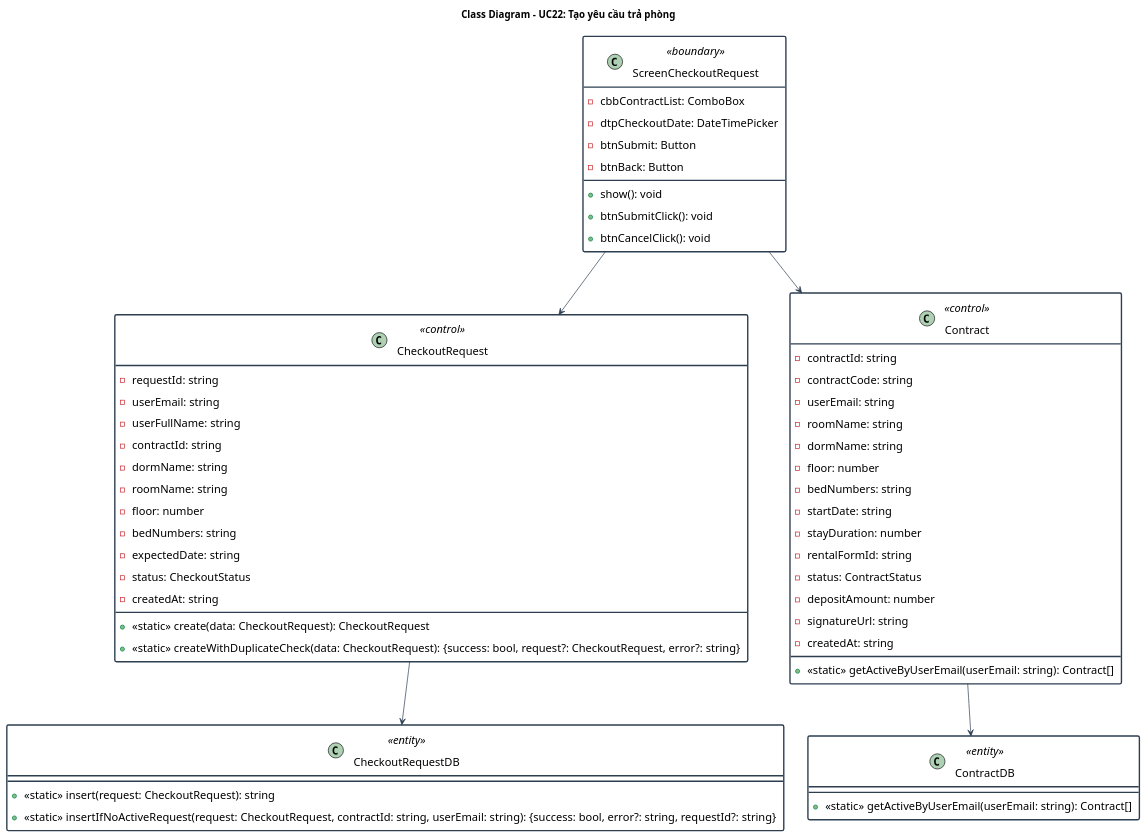
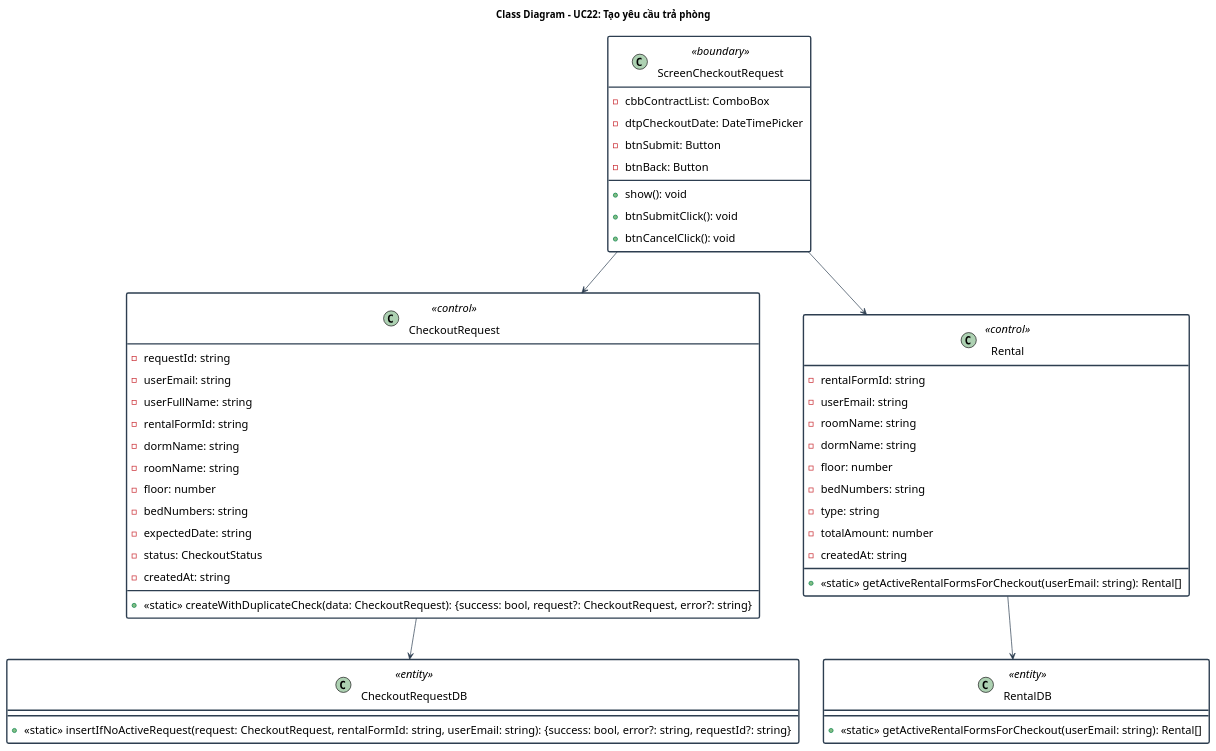
The diagram in doc/system/yeu_cau_tra_phong/YeuCauTraPhong_ClassDiagram.wsd (Gnourt812005/HCMUS-Analyze-and-desgin-IS), drawn with PlantUML before and after one commit. The commit also changed 10 other files, not shown here.

Commit message:
quangdo/diagram: adjusted diagrams to match code

```diff
--- a/doc/system/yeu_cau_tra_phong/YeuCauTraPhong_ClassDiagram.wsd
+++ b/doc/system/yeu_cau_tra_phong/YeuCauTraPhong_ClassDiagram.wsd
@@ -1,73 +1,66 @@
 @startuml YeuCauTraPhong_ClassDiagram
 title Class Diagram - UC22: Tạo yêu cầu trả phòng
 
 skinparam {
     ClassBackgroundColor White
     ArrowColor #2D3E50
     ClassBorderColor #2D3E50
     DefaultFontName "Arial"
     DefaultFontSize 16
     ClassBorderThickness 2
     StereotypeFontColor #2D3E50
     Padding 5
 }
 
 class "ScreenCheckoutRequest" as CheckoutRequestScreen <<boundary>> {
   - cbbContractList: ComboBox
   - dtpCheckoutDate: DateTimePicker
   - btnSubmit: Button
   - btnBack: Button
   + show(): void
   + btnSubmitClick(): void
   + btnCancelClick(): void
 }
 
 class "CheckoutRequest" as CheckoutRequest <<control>> {
   - requestId: string
   - userEmail: string
   - userFullName: string
-  - contractId: string
+  - rentalFormId: string
   - dormName: string
   - roomName: string
   - floor: number
   - bedNumbers: string
   - expectedDate: string
   - status: CheckoutStatus
   - createdAt: string
-  + <<static>> create(data: CheckoutRequest): CheckoutRequest
   + <<static>> createWithDuplicateCheck(data: CheckoutRequest): {success: bool, request?: CheckoutRequest, error?: string}
 }
 
 class "CheckoutRequestDB" as CheckoutRequestDB <<entity>> {
-  + <<static>> insert(request: CheckoutRequest): string
-  + <<static>> insertIfNoActiveRequest(request: CheckoutRequest, contractId: string, userEmail: string): {success: bool, error?: string, requestId?: string}
+  + <<static>> insertIfNoActiveRequest(request: CheckoutRequest, rentalFormId: string, userEmail: string): {success: bool, error?: string, requestId?: string}
 }
 
-class "Contract" as Contract <<control>> {
-  - contractId: string
-  - contractCode: string
+class "Rental" as Rental <<control>> {
+  - rentalFormId: string
   - userEmail: string
   - roomName: string
   - dormName: string
   - floor: number
   - bedNumbers: string
-  - startDate: string
-  - stayDuration: number
-  - rentalFormId: string
-  - status: ContractStatus
-  - depositAmount: number
-  - signatureUrl: string
+  - type: string
+  - totalAmount: number
   - createdAt: string
-  + <<static>> getActiveByUserEmail(userEmail: string): Contract[]
+  + <<static>> getActiveRentalFormsForCheckout(userEmail: string): Rental[]
 }
 
-class "ContractDB" as ContractDB <<entity>> {
-  + <<static>> getActiveByUserEmail(userEmail: string): Contract[]
+class "RentalDB" as RentalDB <<entity>> {
+  + <<static>> getActiveRentalFormsForCheckout(userEmail: string): Rental[]
 }
 
 CheckoutRequestScreen --> CheckoutRequest
 CheckoutRequest --> CheckoutRequestDB
-CheckoutRequestScreen --> Contract
-Contract --> ContractDB
+CheckoutRequestScreen --> Rental
+Rental --> RentalDB
 
 @enduml
```
